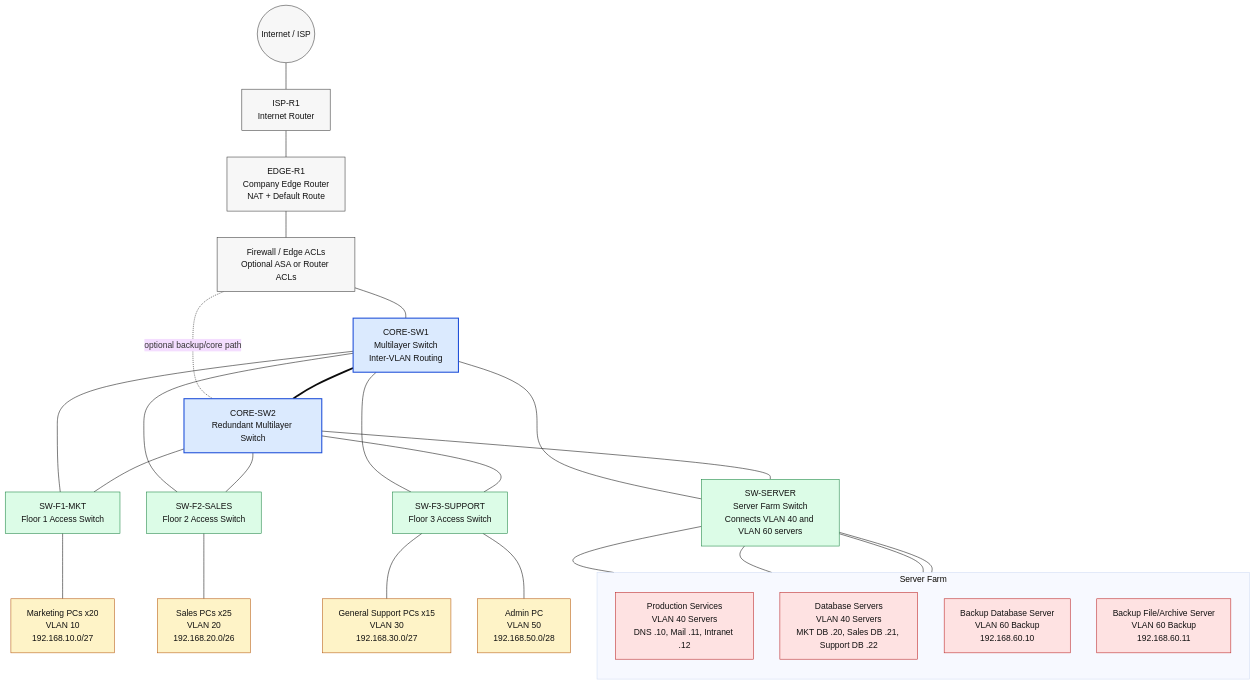
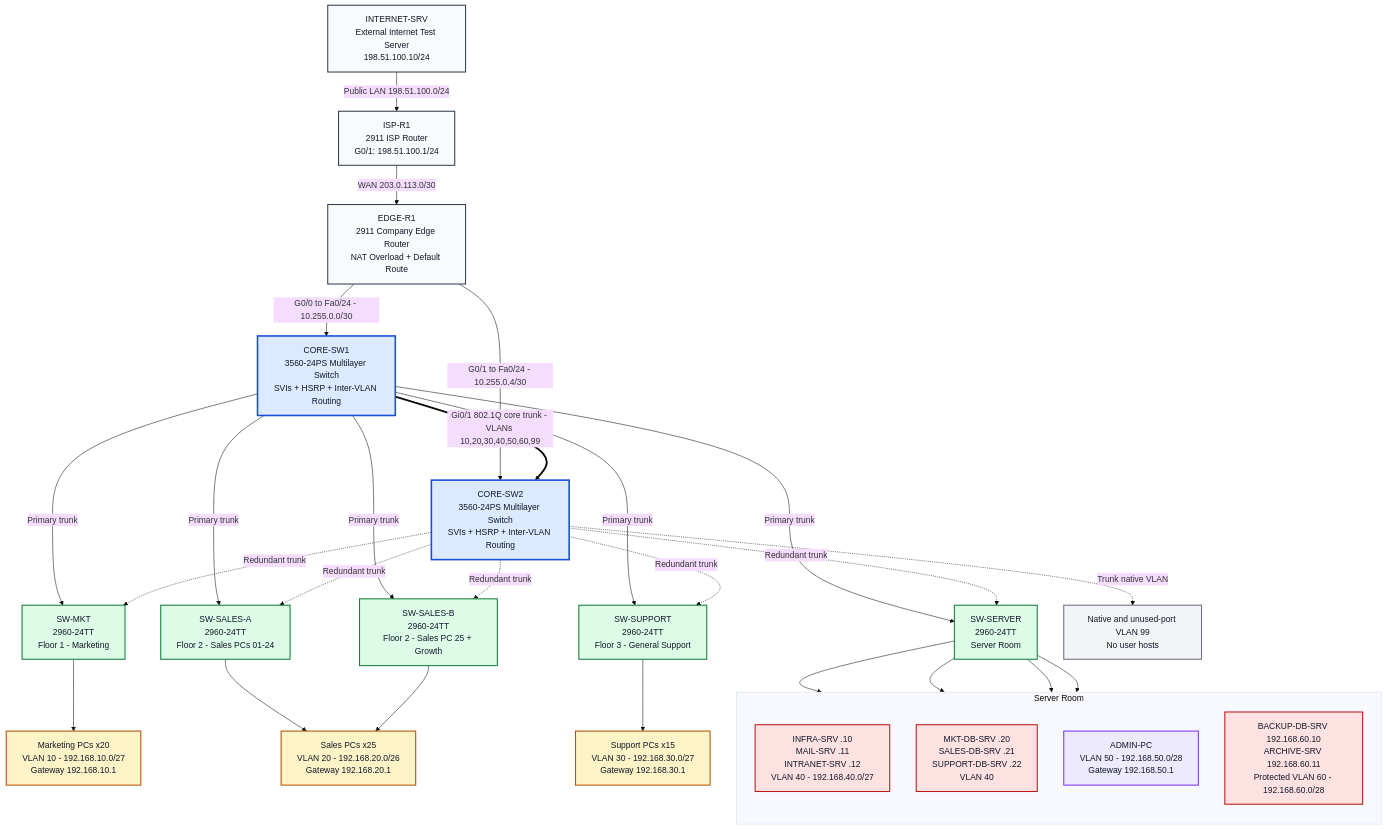
One commit to noeljabraham/Msc-Networking-Lab changed the diagram in MSS_Ltd_Architecture_Diagram.mmd. Above: the diagram before and after it, drawn with Mermaid (base theme). The commit also changed 3 other files, not shown here.

```diff
--- a/MSS_Ltd_Architecture_Diagram.mmd
+++ b/MSS_Ltd_Architecture_Diagram.mmd
@@ -1,65 +1,70 @@
 flowchart TB
-    Internet((Internet / ISP))
-    ISP[ISP-R1<br/>Internet Router]
-    Edge[EDGE-R1<br/>Company Edge Router<br/>NAT + Default Route]
-    FW[Firewall / Edge ACLs<br/>Optional ASA or Router ACLs]
+    InternetServer[INTERNET-SRV<br/>External Internet Test Server<br/>198.51.100.10/24]
+    ISP[ISP-R1<br/>2911 ISP Router<br/>G0/1: 198.51.100.1/24]
+    Edge[EDGE-R1<br/>2911 Company Edge Router<br/>NAT Overload + Default Route]
 
-    Core1[CORE-SW1<br/>Multilayer Switch<br/>Inter-VLAN Routing]
-    Core2[CORE-SW2<br/>Redundant Multilayer Switch]
+    Core1[CORE-SW1<br/>3560-24PS Multilayer Switch<br/>SVIs + HSRP + Inter-VLAN Routing]
+    Core2[CORE-SW2<br/>3560-24PS Multilayer Switch<br/>SVIs + HSRP + Inter-VLAN Routing]
 
-    F1[SW-F1-MKT<br/>Floor 1 Access Switch]
-    F2[SW-F2-SALES<br/>Floor 2 Access Switch]
-    F3[SW-F3-SUPPORT<br/>Floor 3 Access Switch]
-    ServerSW[SW-SERVER<br/>Server Farm Switch<br/>Connects VLAN 40 and VLAN 60 servers]
+    MktSW[SW-MKT<br/>2960-24TT<br/>Floor 1 - Marketing]
+    SalesA[SW-SALES-A<br/>2960-24TT<br/>Floor 2 - Sales PCs 01-24]
+    SalesB[SW-SALES-B<br/>2960-24TT<br/>Floor 2 - Sales PC 25 + Growth]
+    SupportSW[SW-SUPPORT<br/>2960-24TT<br/>Floor 3 - General Support]
+    ServerSW[SW-SERVER<br/>2960-24TT<br/>Server Room]
 
-    MKT[Marketing PCs x20<br/>VLAN 10<br/>192.168.10.0/27]
-    SALES[Sales PCs x25<br/>VLAN 20<br/>192.168.20.0/26]
-    SUPPORT[General Support PCs x15<br/>VLAN 30<br/>192.168.30.0/27]
-    ADMIN[Admin PC<br/>VLAN 50<br/>192.168.50.0/28]
+    MKT[Marketing PCs x20<br/>VLAN 10 - 192.168.10.0/27<br/>Gateway 192.168.10.1]
+    SALES[Sales PCs x25<br/>VLAN 20 - 192.168.20.0/26<br/>Gateway 192.168.20.1]
+    SUPPORT[Support PCs x15<br/>VLAN 30 - 192.168.30.0/27<br/>Gateway 192.168.30.1]
 
-    subgraph ServerFarm[Server Farm]
+    subgraph ServerRoom[Server Room]
         direction TB
-        ProdServices[Production Services<br/>VLAN 40 Servers<br/>DNS .10, Mail .11, Intranet .12]
-        DBGroup[Database Servers<br/>VLAN 40 Servers<br/>MKT DB .20, Sales DB .21, Support DB .22]
-        BackupDB[Backup Database Server<br/>VLAN 60 Backup<br/>192.168.60.10]
-        BackupFile[Backup File/Archive Server<br/>VLAN 60 Backup<br/>192.168.60.11]
+        Prod[INFRA-SRV .10<br/>MAIL-SRV .11<br/>INTRANET-SRV .12<br/>VLAN 40 - 192.168.40.0/27]
+        DB[MKT-DB-SRV .20<br/>SALES-DB-SRV .21<br/>SUPPORT-DB-SRV .22<br/>VLAN 40]
+        Admin[ADMIN-PC<br/>VLAN 50 - 192.168.50.0/28<br/>Gateway 192.168.50.1]
+        Backup[BACKUP-DB-SRV 192.168.60.10<br/>ARCHIVE-SRV 192.168.60.11<br/>Protected VLAN 60 - 192.168.60.0/28]
     end
 
-    Internet --- ISP
-    ISP --- Edge
-    Edge --- FW
-    FW --- Core1
-    FW -. optional backup/core path .- Core2
+    InternetServer -- "Public LAN 198.51.100.0/24" --> ISP
+    ISP -- "WAN 203.0.113.0/30" --> Edge
+    Edge -- "G0/0 to Fa0/24 - 10.255.0.0/30" --> Core1
+    Edge -- "G0/1 to Fa0/24 - 10.255.0.4/30" --> Core2
+    Core1 == "Gi0/1 802.1Q core trunk - VLANs 10,20,30,40,50,60,99" ==> Core2
 
-    Core1 === Core2
+    Core1 -- "Primary trunk" --> MktSW
+    Core2 -. "Redundant trunk" .-> MktSW
+    Core1 -- "Primary trunk" --> SalesA
+    Core2 -. "Redundant trunk" .-> SalesA
+    Core1 -- "Primary trunk" --> SalesB
+    Core2 -. "Redundant trunk" .-> SalesB
+    Core1 -- "Primary trunk" --> SupportSW
+    Core2 -. "Redundant trunk" .-> SupportSW
+    Core1 -- "Primary trunk" --> ServerSW
+    Core2 -. "Redundant trunk" .-> ServerSW
 
-    Core1 --- F1
-    Core2 --- F1
-    Core1 --- F2
-    Core2 --- F2
-    Core1 --- F3
-    Core2 --- F3
-    Core1 --- ServerSW
-    Core2 --- ServerSW
+    MktSW --> MKT
+    SalesA --> SALES
+    SalesB --> SALES
+    SupportSW --> SUPPORT
+    ServerSW --> Prod
+    ServerSW --> DB
+    ServerSW --> Admin
+    ServerSW --> Backup
 
-    F1 --- MKT
-    F2 --- SALES
-    F3 --- SUPPORT
-    F3 --- ADMIN
+    Native[Native and unused-port VLAN 99<br/>No user hosts]
+    Core2 -. "Trunk native VLAN" .-> Native
 
-    ServerSW --- ProdServices
-    ServerSW --- DBGroup
-    ServerSW --- BackupDB
-    ServerSW --- BackupFile
+    classDef external fill:#f9fafb,stroke:#374151,stroke-width:2px,color:#111827;
+    classDef core fill:#dbeafe,stroke:#1d4ed8,stroke-width:3px,color:#111827;
+    classDef access fill:#dcfce7,stroke:#15803d,stroke-width:2px,color:#111827;
+    classDef users fill:#fef3c7,stroke:#b45309,stroke-width:2px,color:#111827;
+    classDef servers fill:#fee2e2,stroke:#b91c1c,stroke-width:2px,color:#111827;
+    classDef management fill:#ede9fe,stroke:#7c3aed,stroke-width:2px,color:#111827;
+    classDef native fill:#f3f4f6,stroke:#6b7280,stroke-width:2px,color:#111827;
 
-    classDef edge fill:#f7f7f7,stroke:#333,stroke-width:1px,color:#111;
-    classDef core fill:#dbeafe,stroke:#1d4ed8,stroke-width:2px,color:#111;
-    classDef access fill:#dcfce7,stroke:#15803d,stroke-width:1px,color:#111;
-    classDef users fill:#fef3c7,stroke:#b45309,stroke-width:1px,color:#111;
-    classDef servers fill:#fee2e2,stroke:#b91c1c,stroke-width:1px,color:#111;
-
-    class Internet,ISP,Edge,FW edge;
+    class InternetServer,ISP,Edge external;
     class Core1,Core2 core;
-    class F1,F2,F3,ServerSW access;
-    class MKT,SALES,SUPPORT,ADMIN users;
-    class ProdServices,DBGroup,BackupDB,BackupFile servers;
+    class MktSW,SalesA,SalesB,SupportSW,ServerSW access;
+    class MKT,SALES,SUPPORT users;
+    class Prod,DB,Backup servers;
+    class Admin management;
+    class Native native;
```
